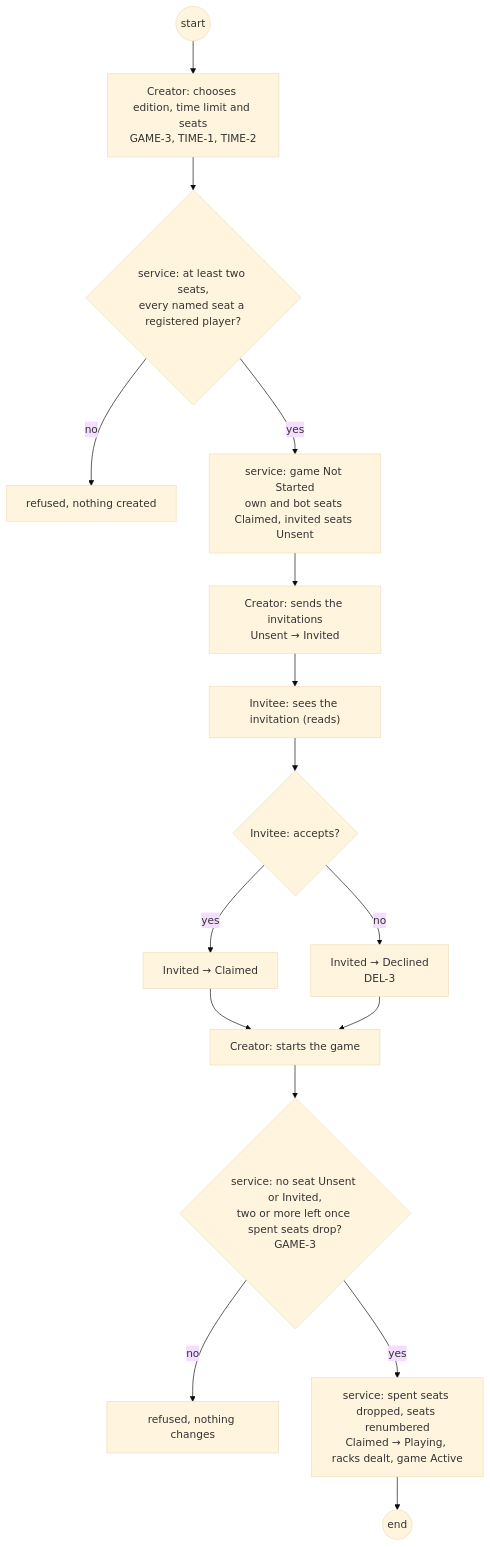
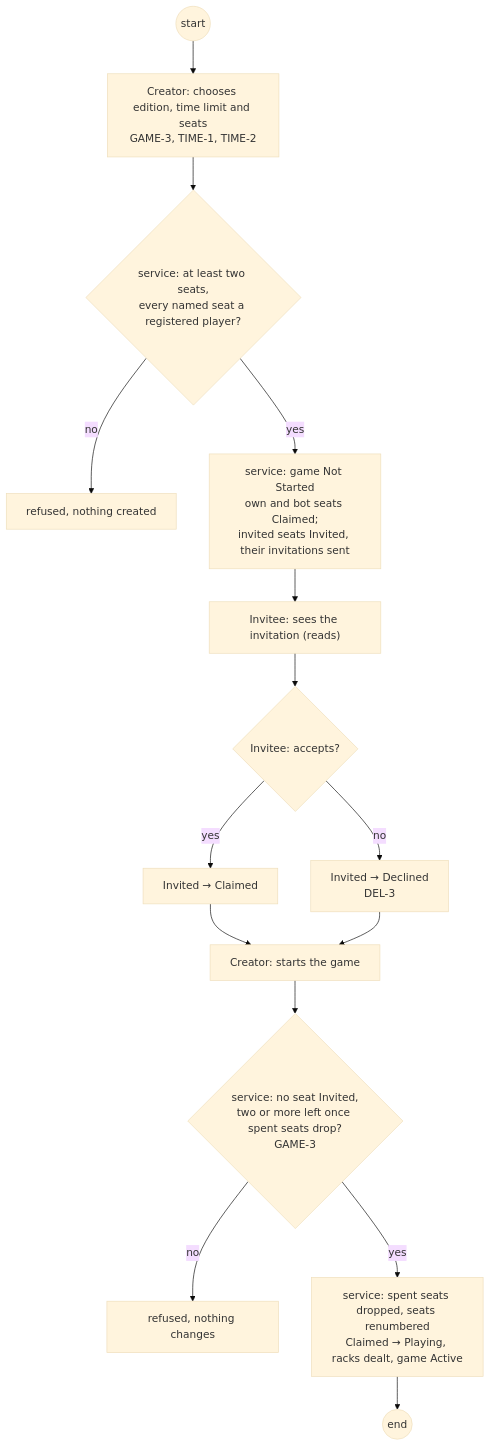
Before and after one commit to delphside/programme: the second of 20 diagrams in docs/changes/workstreams/application-game-architecture/71-one-game-model/71-functional.md, drawn with Mermaid (base theme). The commit also changed other lines of this file and 1 other file, not shown here.

First line of the commit message:
app 0.9.2 api 2.16: #71 an invited seat is created sent, so no Unsent state

````diff
--- a/docs/changes/workstreams/application-game-architecture/71-one-game-model/71-functional.md
+++ b/docs/changes/workstreams/application-game-architecture/71-one-game-model/71-functional.md
@@ -92,18 +92,17 @@
 ```mermaid
 flowchart TD
   s0((start)) --> c1["Creator: chooses edition, time limit and seats<br/>GAME-3, TIME-1, TIME-2"]
   c1 --> v1{"service: at least two seats,<br/>every named seat a registered player?"}
   v1 -- no --> r1["refused, nothing created"]
-  v1 -- yes --> t1["service: game Not Started<br/>own and bot seats Claimed, invited seats Unsent"]
-  t1 --> c2["Creator: sends the invitations<br/>Unsent → Invited"]
-  c2 --> i1["Invitee: sees the invitation (reads)"]
+  v1 -- yes --> t1["service: game Not Started<br/>own and bot seats Claimed;<br/>invited seats Invited, their invitations sent"]
+  t1 --> i1["Invitee: sees the invitation (reads)"]
   i1 --> d1{"Invitee: accepts?"}
   d1 -- yes --> t2["Invited → Claimed"]
   d1 -- no --> t3["Invited → Declined<br/>DEL-3"]
   t2 --> c3["Creator: starts the game"]
   t3 --> c3
-  c3 --> v2{"service: no seat Unsent or Invited,<br/>two or more left once spent seats drop?<br/>GAME-3"}
+  c3 --> v2{"service: no seat Invited,<br/>two or more left once spent seats drop?<br/>GAME-3"}
   v2 -- no --> r2["refused, nothing changes"]
   v2 -- yes --> t4["service: spent seats dropped, seats renumbered<br/>Claimed → Playing, racks dealt, game Active"]
   t4 --> e0((end))
 ```
````
